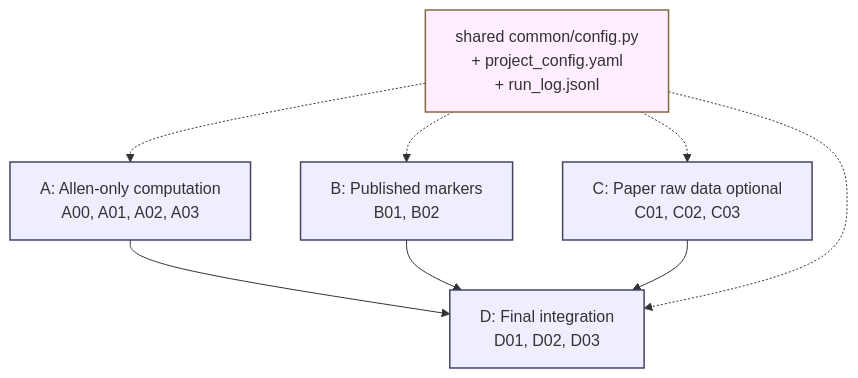
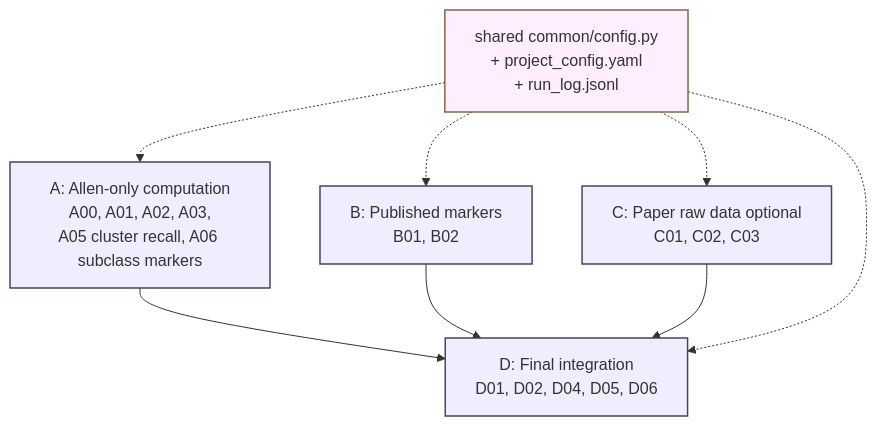
Before and after one commit to limserenahansol/Genelist_analysis_WMB: the second of 2 diagrams in README.md, drawn with Mermaid. The commit also changed other lines of this file and 20 other files, not shown here.

````diff
--- a/README.md
+++ b/README.md
@@ -288,19 +288,19 @@
 ```mermaid
 flowchart TB
     classDef mod fill:#eef,stroke:#446,stroke-width:1.5px;
     classDef sh  fill:#fef,stroke:#864,stroke-width:1.5px;
 
-    A[A: Allen-only computation<br/>A00, A01, A02, A03]:::mod
+    A[A: Allen-only computation<br/>A00, A01, A02, A03,<br/>A05 cluster recall, A06 subclass markers]:::mod
     B[B: Published markers<br/>B01, B02]:::mod
     C[C: Paper raw data optional<br/>C01, C02, C03]:::mod
-    D[D: Final integration<br/>D01, D02, D03]:::mod
+    D[D: Final integration<br/>D01, D02, D04, D05, D06]:::mod
     SH[shared common/config.py<br/>+ project_config.yaml<br/>+ run_log.jsonl]:::sh
 
     A --> D
     B --> D
     C --> D
     SH -.-> A
     SH -.-> B
     SH -.-> C
     SH -.-> D
 ```
````
